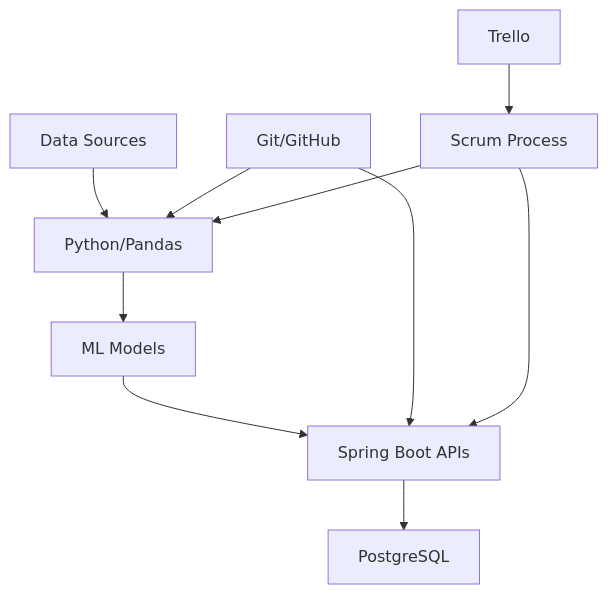
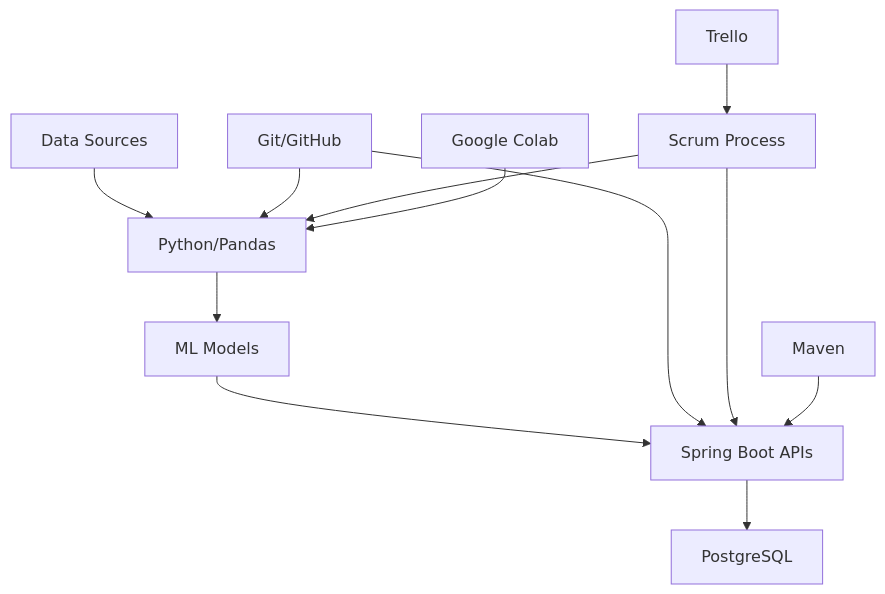
Before and after one commit to ianjaner75/Proyecto-Fintech-Alura-Oracle: the second of 2 diagrams in README.md, drawn with Mermaid.

Commit message:
Update README
Updated the README to include Google Colab and Maven links.

````diff
--- a/README.md
+++ b/README.md
@@ -80,12 +80,14 @@
 ```mermaid
 graph TB
     A[Data Sources] --> B[Python/Pandas]
     B --> C[ML Models]
     C --> D[Spring Boot APIs]
     D --> E[PostgreSQL]
     F[Git/GitHub] --> B
     F --> D
     G[Trello] --> H[Scrum Process]
     H --> B
     H --> D
-```
+    I[Google Colab] --> B
+    J[Maven] --> D
+ ```
````
